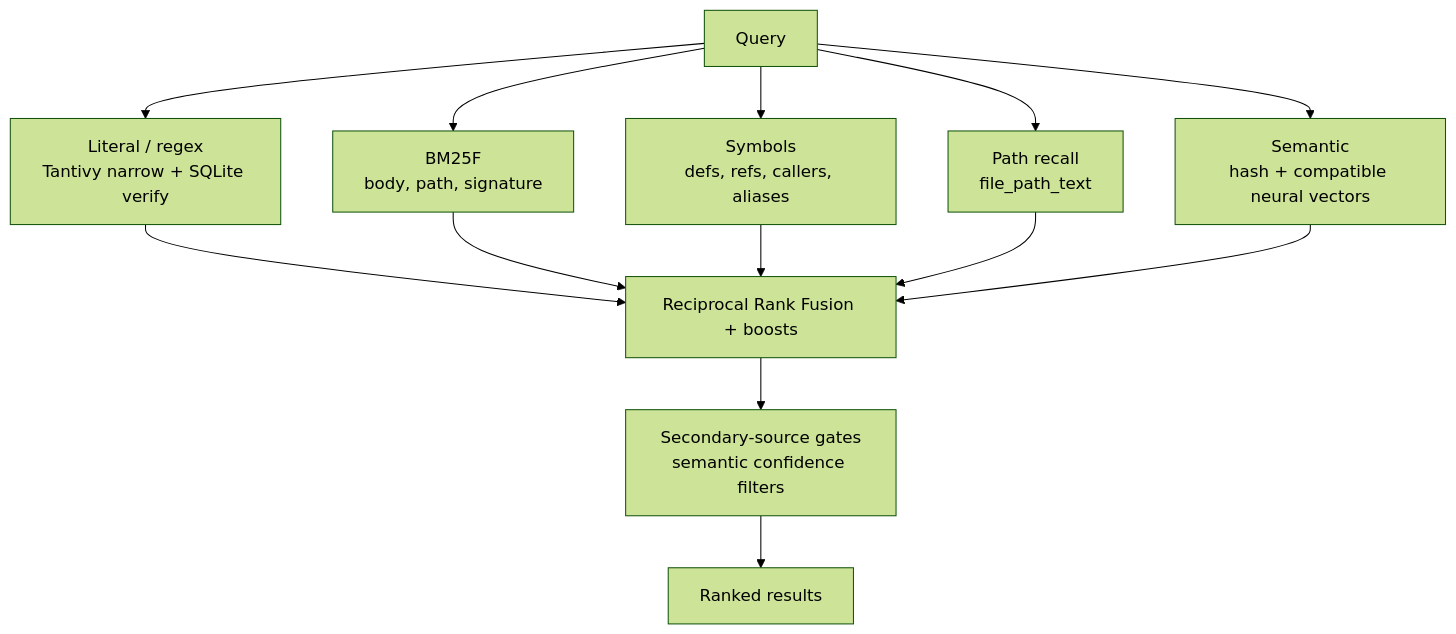
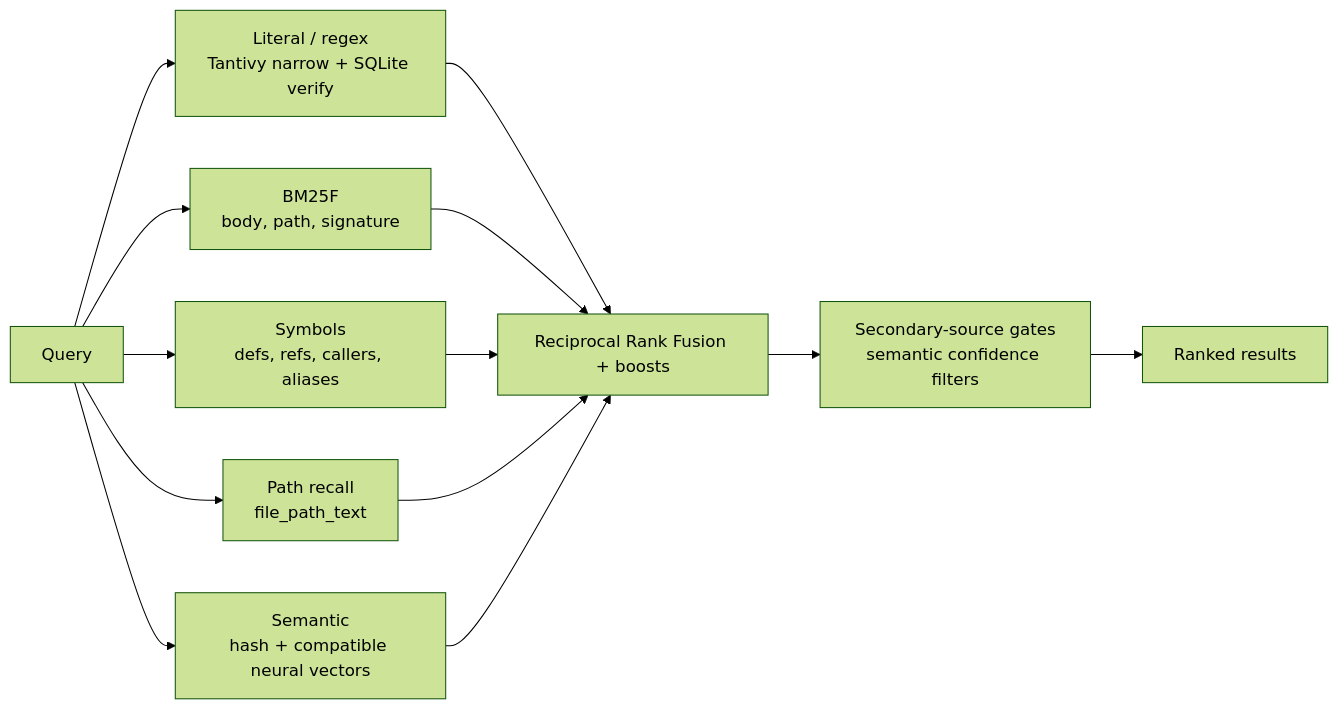
One commit to bvolpato/ivygrep changed the seventh of 7 diagrams in ARCHITECTURE.md. Above: the diagram before and after it, drawn with Mermaid (forest theme). The commit also changed other lines of this file and 2 other files, not shown here.

Commit message:
docs: tighten diagrams and benchmark links

````diff
--- a/ARCHITECTURE.md
+++ b/ARCHITECTURE.md
@@ -553,15 +553,15 @@
 ```mermaid
-flowchart TD
+flowchart LR
     Query["Query"] --> Literal["Literal / regex<br/>Tantivy narrow + SQLite verify"]
     Query --> BM25["BM25F<br/>body, path, signature"]
     Query --> Symbols["Symbols<br/>defs, refs, callers, aliases"]
     Query --> Path["Path recall<br/>file_path_text"]
     Query --> Semantic["Semantic<br/>hash + compatible neural vectors"]
     Literal --> Fusion["Reciprocal Rank Fusion + boosts"]
     BM25 --> Fusion
     Symbols --> Fusion
     Path --> Fusion
     Semantic --> Fusion
     Fusion --> Filters["Secondary-source gates<br/>semantic confidence filters"]
     Filters --> Results["Ranked results"]
 ```
````
